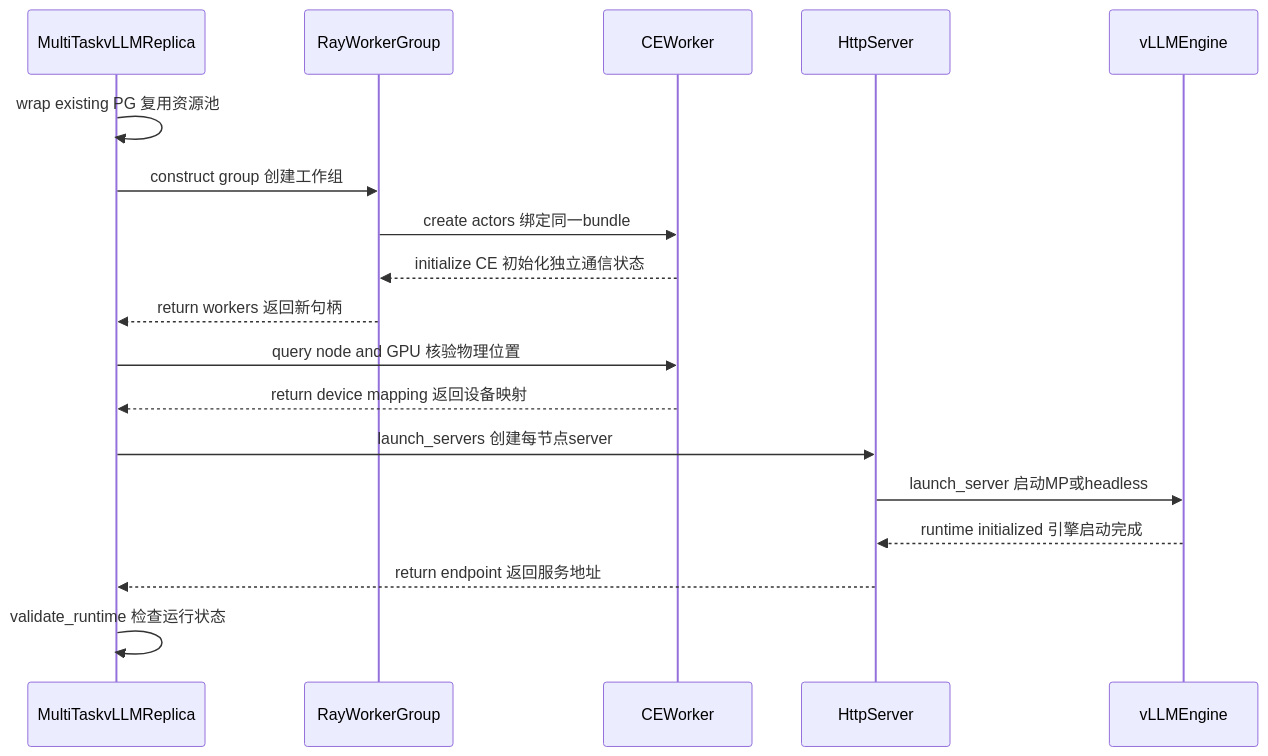
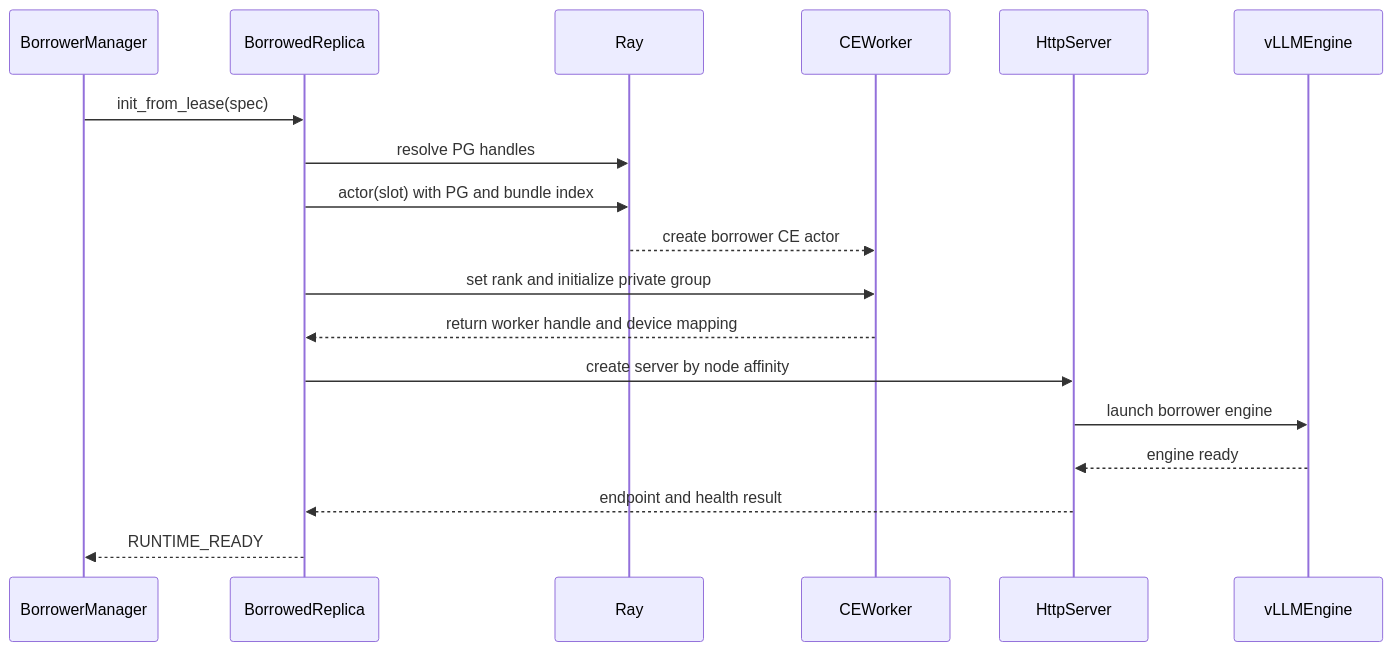
One commit to ZiqiGuan892/verl_expansion changed the eighth of 11 diagrams in docs/verl_expansion.md. Above: the diagram before and after it, drawn with Mermaid. The commit also changed other lines of this file and 13 other files, not shown here.

Commit message:
D1: add borrowed replica contract and test entrypoint

````diff
--- a/docs/verl_expansion.md
+++ b/docs/verl_expansion.md
@@ -1041,20 +1739,20 @@
 ```mermaid
 sequenceDiagram
-    participant B as MultiTaskvLLMReplica
-    participant W as RayWorkerGroup
+    participant M as BorrowerManager
+    participant B as BorrowedReplica
+    participant R as Ray
     participant C as CEWorker
     participant H as HttpServer
     participant E as vLLMEngine
-    B->>B: wrap existing PG 复用资源池
-    B->>W: construct group 创建工作组
-    W->>C: create actors 绑定同一bundle
-    C-->>W: initialize CE 初始化独立通信状态
-    W-->>B: return workers 返回新句柄
-    B->>C: query node and GPU 核验物理位置
-    C-->>B: return device mapping 返回设备映射
-    B->>H: launch_servers 创建每节点server
-    H->>E: launch_server 启动MP或headless
-    E-->>H: runtime initialized 引擎启动完成
-    H-->>B: return endpoint 返回服务地址
-    B->>B: validate_runtime 检查运行状态
+    M->>B: init_from_lease(spec)
+    B->>R: resolve PG handles
+    B->>R: actor(slot) with PG and bundle index
+    R-->>C: create borrower CE actor
+    B->>C: set rank and initialize private group
+    C-->>B: return worker handle and device mapping
+    B->>H: create server by node affinity
+    H->>E: launch borrower engine
+    E-->>H: engine ready
+    H-->>B: endpoint and health result
+    B-->>M: RUNTIME_READY
 ```
````
